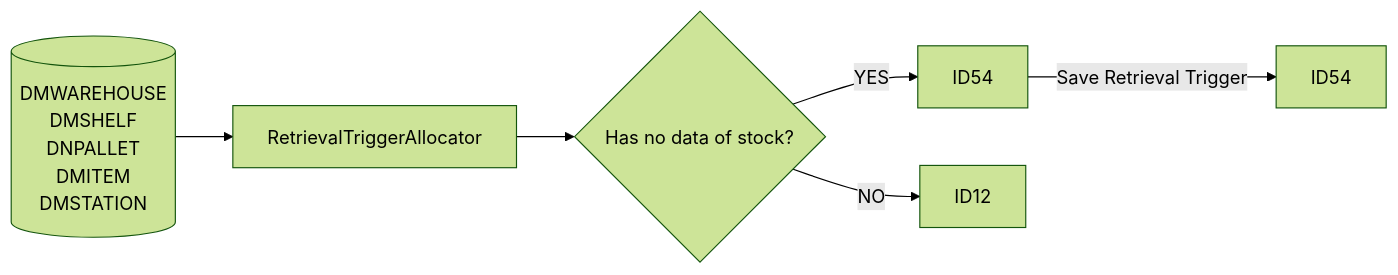
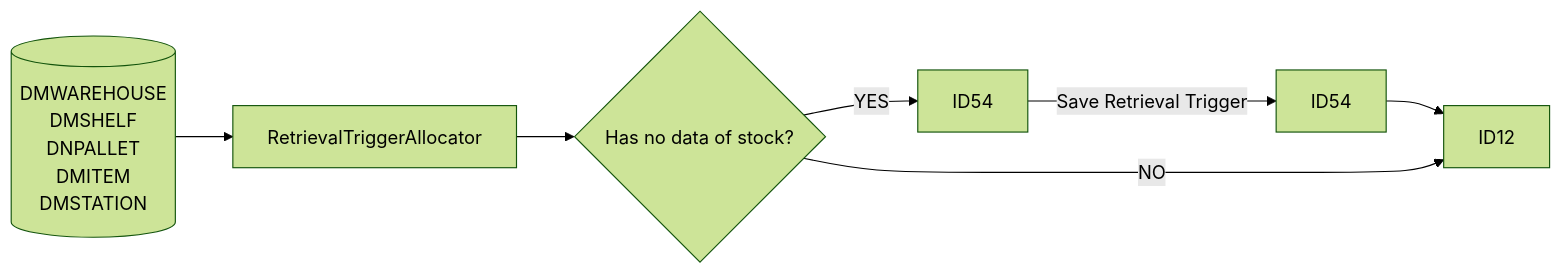
One commit to luthfiadityaa/SimeDarby-Wiki changed the third of 12 diagrams in Basic-Design/DFD-WMS/Retrieval/Stacked-Empty-Pallet.md. Above: the diagram before and after it, drawn with Mermaid (forest theme).

Commit message:
Updated Stacked Empty Pallet

```diff
--- a/Basic-Design/DFD-WMS/Retrieval/Stacked-Empty-Pallet.md
+++ b/Basic-Design/DFD-WMS/Retrieval/Stacked-Empty-Pallet.md
@@ -86,18 +86,18 @@
 ::: mermaid
 flowchart LR    
 
      tableList-select[("
         DMWAREHOUSE
         DMSHELF
         DNPALLET
         DMITEM
         DMSTATION
     ")]
 
      tableList-select-->className[RetrievalTriggerAllocator]
-    className --> Cond3{Has no data of stock?} --> |YES| P1[ID54] --> |Save Retrieval Trigger| P2[ID54]
+    className --> Cond3{Has no data of stock?} --> |YES| P1[ID54] --> |Save Retrieval Trigger| P2[ID54] --> P3[ID12]
     Cond3{Has no data of stock?} --> |NO| P3[ID12]
 
     classDef leftAlign text-align:left;
     class input leftAlign;
 :::
```
